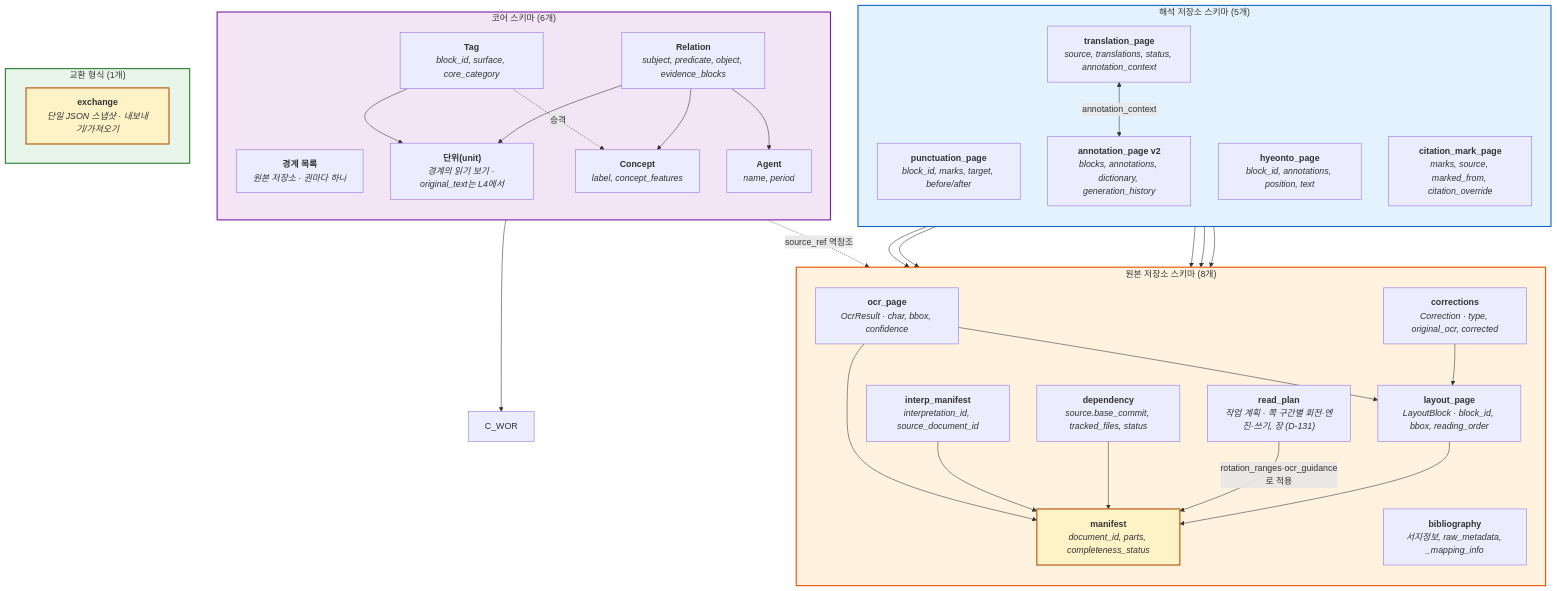
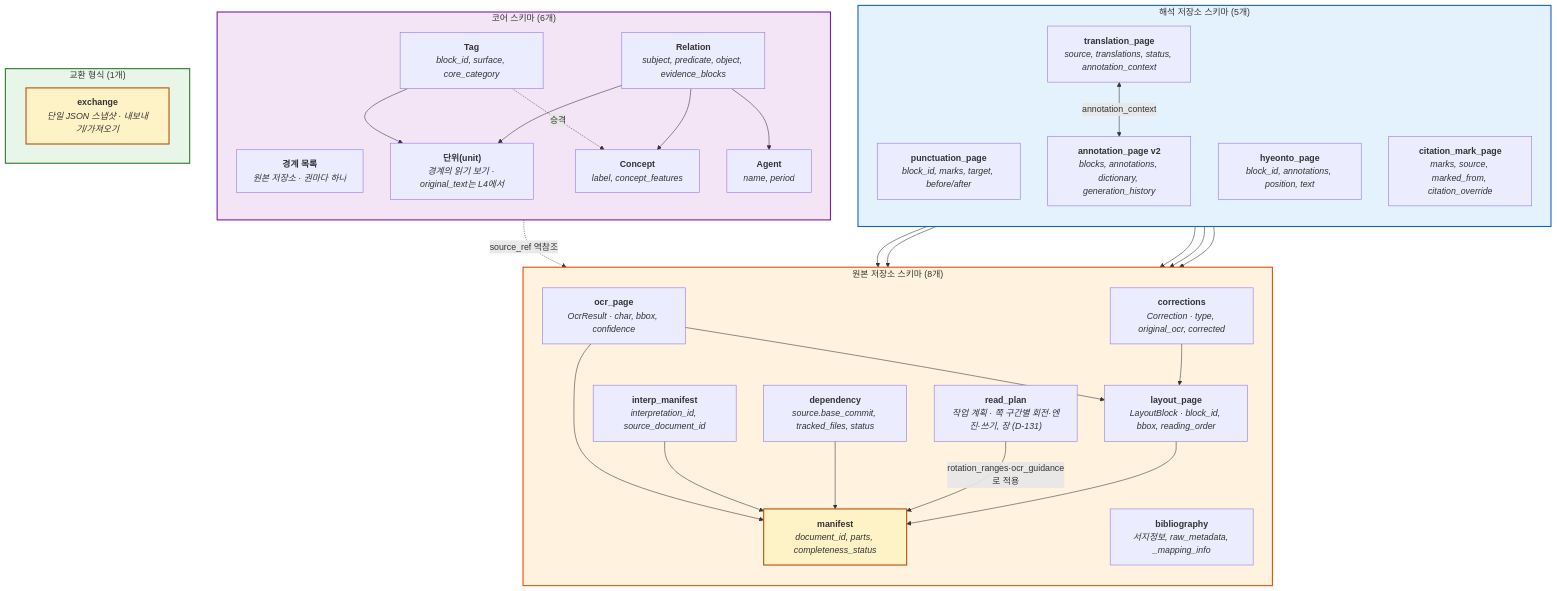
One commit to hw725/classical-text-browser changed the seventh of 14 diagrams in docs/architecture-diagrams.md. Above: the diagram before and after it, drawn with Mermaid. The commit also changed other lines of this file and 47 other files, not shown here.

````diff
--- a/docs/architecture-diagrams.md
+++ b/docs/architecture-diagrams.md
@@ -582,65 +584,64 @@
 ```mermaid
 flowchart TB
     subgraph SRC_SCHEMA["원본 저장소 스키마 (8개)"]
         direction TB
         S_MAN["<b>manifest</b><br/><i>document_id, parts, completeness_status</i>"]
         S_BIB["<b>bibliography</b><br/><i>서지정보, raw_metadata, _mapping_info</i>"]
         S_OCR["<b>ocr_page</b><br/><i>OcrResult · char, bbox, confidence</i>"]
         S_LAY["<b>layout_page</b><br/><i>LayoutBlock · block_id, bbox, reading_order</i>"]
         S_COR["<b>corrections</b><br/><i>Correction · type, original_ocr, corrected</i>"]
         S_IMP["<b>interp_manifest</b><br/><i>interpretation_id, source_document_id</i>"]
         S_DEP["<b>dependency</b><br/><i>source.base_commit, tracked_files, status</i>"]
         S_PLAN["<b>read_plan</b><br/><i>작업 계획 · 쪽 구간별 회전·엔진·쓰기, 장 (D-131)</i>"]
     end
 
     subgraph INT_SCHEMA["해석 저장소 스키마 (5개)"]
         direction TB
         I_PUN["<b>punctuation_page</b><br/><i>block_id, marks, target, before/after</i>"]
         I_HYE["<b>hyeonto_page</b><br/><i>block_id, annotations, position, text</i>"]
         I_TRA["<b>translation_page</b><br/><i>source, translations, status, annotation_context</i>"]
         I_ANN["<b>annotation_page v2</b><br/><i>blocks, annotations, dictionary, generation_history</i>"]
         I_CIT["<b>citation_mark_page</b><br/><i>marks, source, marked_from, citation_override</i>"]
     end
 
     subgraph CORE_SCHEMA["코어 스키마 (6개)"]
         direction TB
         C_BND["<b>경계 목록</b><br/><i>원본 저장소 · 권마다 하나</i>"]
         C_TB["<b>단위(unit)</b><br/><i>경계의 읽기 보기 · original_text는 L4에서</i>"]
         C_TAG["<b>Tag</b><br/><i>block_id, surface, core_category</i>"]
         C_CON["<b>Concept</b><br/><i>label, concept_features</i>"]
         C_AGE["<b>Agent</b><br/><i>name, period</i>"]
         C_REL["<b>Relation</b><br/><i>subject, predicate, object, evidence_blocks</i>"]
     end
 
     subgraph EXCHANGE["교환 형식 (1개)"]
         EX["<b>exchange</b><br/><i>단일 JSON 스냅샷 · 내보내기/가져오기</i>"]
     end
 
     S_LAY --> S_MAN
     S_OCR --> S_MAN
     S_OCR --> S_LAY
     S_COR --> S_LAY
     S_IMP --> S_MAN
     S_DEP --> S_MAN
     S_PLAN -->|"rotation_ranges·ocr_guidance로 적용"| S_MAN
     I_PUN --> S_LAY
     I_HYE --> S_LAY
     I_TRA --> S_LAY
     I_ANN --> S_LAY
     I_CIT --> S_LAY
     I_TRA <-->|"annotation_context"| I_ANN
-    C_TB --> C_WOR
     C_TAG --> C_TB
     C_TAG -.->|"승격"| C_CON
     C_REL --> C_AGE
     C_REL --> C_CON
     C_REL --> C_TB
     C_TB -.->|"source_ref 역참조"| S_MAN
 
     style SRC_SCHEMA fill:#fff3e0,stroke:#e65100,stroke-width:2px
     style S_MAN fill:#fef3c7,stroke:#b45309,stroke-width:2px
     style INT_SCHEMA fill:#e3f2fd,stroke:#1565c0,stroke-width:2px
     style CORE_SCHEMA fill:#f3e5f5,stroke:#7b1fa2,stroke-width:2px
     style EXCHANGE fill:#e8f5e9,stroke:#2e7d32,stroke-width:2px
     style EX fill:#fef3c7,stroke:#b45309,stroke-width:2px
 ```
````
